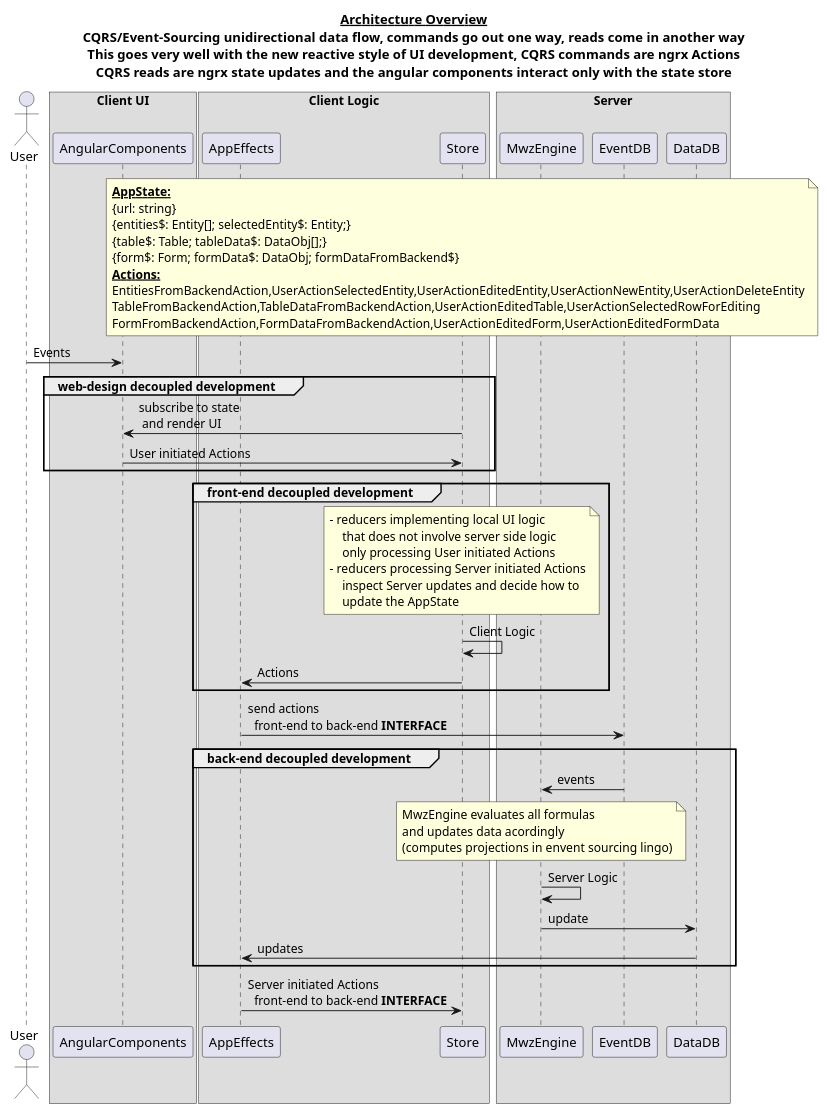
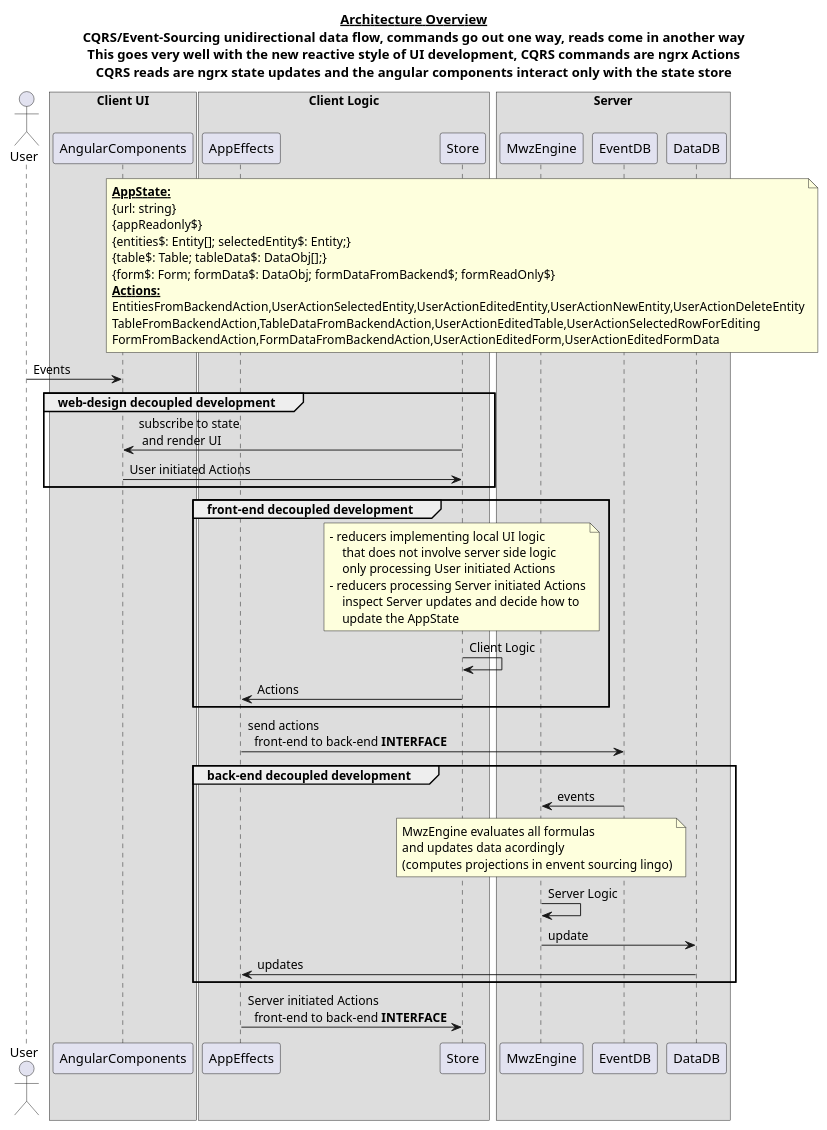
Before and after one commit to formuladb/poc1: the diagram in docs/architecture.wsd, drawn with PlantUML. The commit also changed 17 other files, not shown here.

```diff
--- a/docs/architecture.wsd
+++ b/docs/architecture.wsd
@@ -1,73 +1,74 @@
 @startuml
 
 title __Architecture Overview__\n\
 CQRS/Event-Sourcing unidirectional data flow, commands go out one way, reads come in another way\n\
 This goes very well with the new reactive style of UI development, CQRS commands are ngrx Actions\n\
 CQRS reads are ngrx state updates and the angular components interact only with the state store
 
 actor User
 box "Client UI"
     participant AngularComponents
 end box
 box "Client Logic"
     participant AppEffects
     participant Store
 end box
 box "Server"
     participant MwzEngine
     participant EventDB
     participant DataDB
 end box
 
 note over Store
 **__AppState:__**
 {url: string}
+{appReadonly$}
 {entities$: Entity[]; selectedEntity$: Entity;}
 {table$: Table; tableData$: DataObj[];}
-{form$: Form; formData$: DataObj; formDataFromBackend$}
+{form$: Form; formData$: DataObj; formDataFromBackend$; formReadOnly$}
 **__Actions:__**
 EntitiesFromBackendAction,UserActionSelectedEntity,UserActionEditedEntity,UserActionNewEntity,UserActionDeleteEntity
 TableFromBackendAction,TableDataFromBackendAction,UserActionEditedTable,UserActionSelectedRowForEditing
 FormFromBackendAction,FormDataFromBackendAction,UserActionEditedForm,UserActionEditedFormData
 end note
 
 User -> AngularComponents: Events
 
 group web-design decoupled development
     AngularComponents <- Store: subscribe to state\n and render UI
     AngularComponents -> Store: User initiated Actions
 end
 
 group front-end decoupled development
     note over Store
     - reducers implementing local UI logic
         that does not involve server side logic
         only processing User initiated Actions
     - reducers processing Server initiated Actions
         inspect Server updates and decide how to 
         update the AppState
     end note
     Store -> Store: Client Logic
     Store -> AppEffects: Actions
 end
 
 AppEffects -> EventDB: send actions\n\
   front-end to back-end **INTERFACE**
 
 group back-end decoupled development
 
     EventDB -> MwzEngine: events
     note over MwzEngine
     MwzEngine evaluates all formulas
     and updates data acordingly
     (computes projections in envent sourcing lingo)
     end note
     MwzEngine -> MwzEngine: Server Logic
     MwzEngine -> DataDB: update
     DataDB -> AppEffects: updates
 end
 
 AppEffects -> Store: Server initiated Actions\n\
   front-end to back-end **INTERFACE**
 
 @enduml
```
